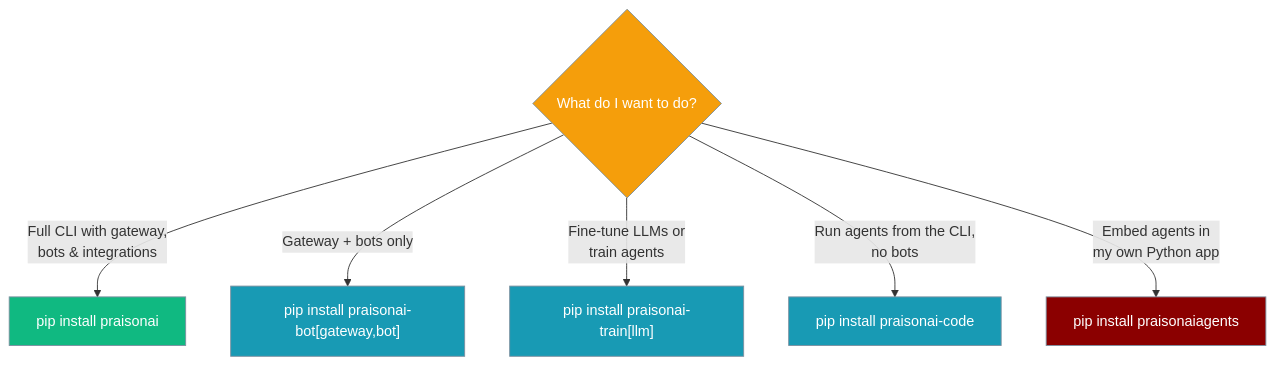
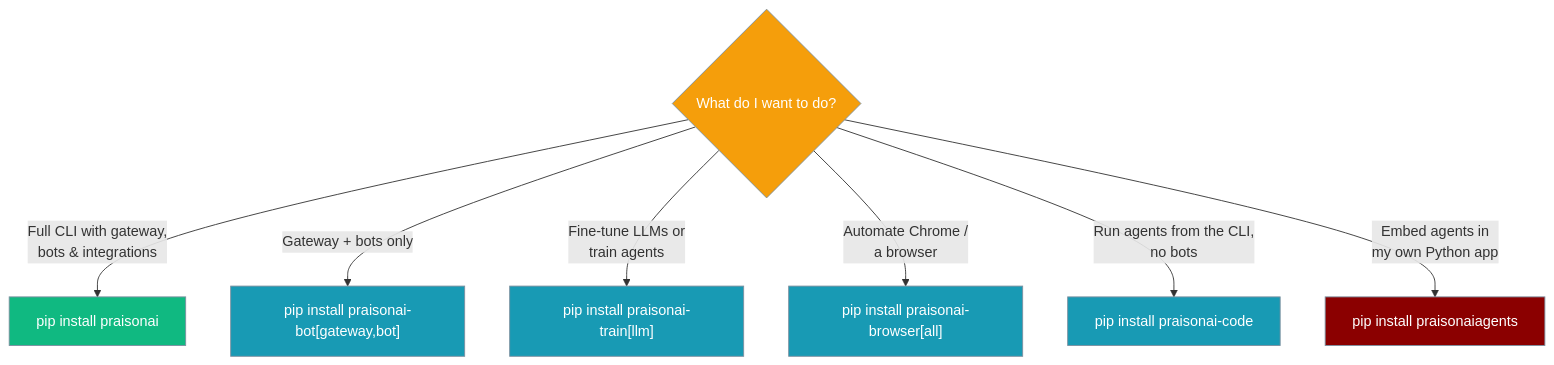
The second of 3 diagrams in docs/features/architecture-tiers.mdx (MervinPraison/PraisonAIDocs), drawn with Mermaid before and after one commit. The commit also changed other lines of this file and 8 other files, not shown here.

Commit message:
docs: reflect praisonai-browser extraction across package-tier docs (six packages) (fixes #2034)

````diff
--- a/docs/features/architecture-tiers.mdx
+++ b/docs/features/architecture-tiers.mdx
@@ -67,19 +76,20 @@
 ```mermaid
 graph TB
     Q1{What do I want to do?}
     Q1 -->|Full CLI with gateway,<br/>bots & integrations| P1[pip install praisonai]
     Q1 -->|Gateway + bots only| P4["pip install praisonai-bot[gateway,bot]"]
     Q1 -->|Fine-tune LLMs or<br/>train agents| P5["pip install praisonai-train[llm]"]
+    Q1 -->|Automate Chrome /<br/>a browser| P6["pip install praisonai-browser[all]"]
     Q1 -->|Run agents from the CLI,<br/>no bots| P2[pip install praisonai-code]
     Q1 -->|Embed agents in<br/>my own Python app| P3[pip install praisonaiagents]
 
     classDef question fill:#F59E0B,stroke:#7C90A0,color:#fff
     classDef wrapper fill:#10B981,stroke:#7C90A0,color:#fff
     classDef runtime fill:#189AB4,stroke:#7C90A0,color:#fff
     classDef sdk fill:#8B0000,stroke:#7C90A0,color:#fff
 
     class Q1 question
     class P1 wrapper
-    class P2,P4,P5 runtime
+    class P2,P4,P5,P6 runtime
     class P3 sdk
 ```
````
